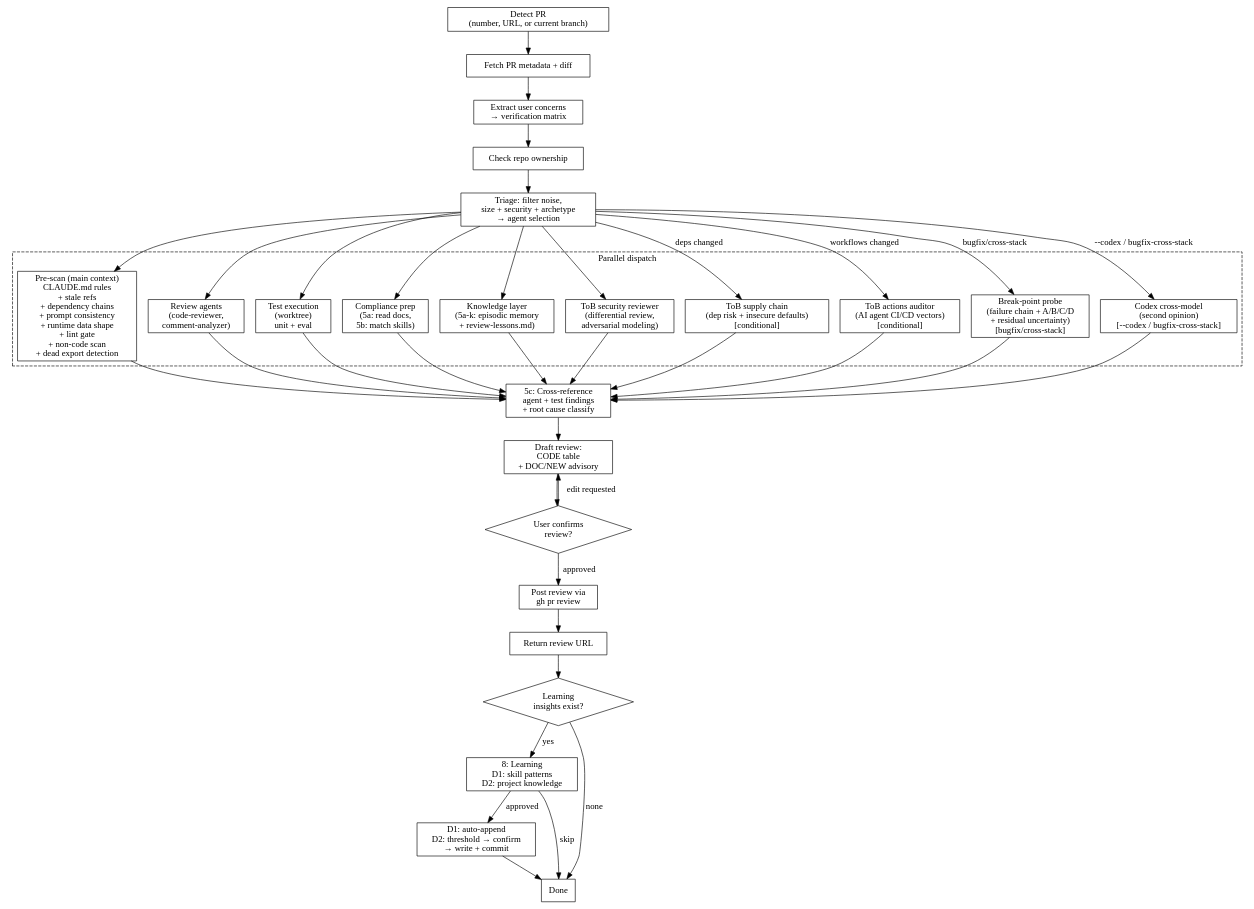
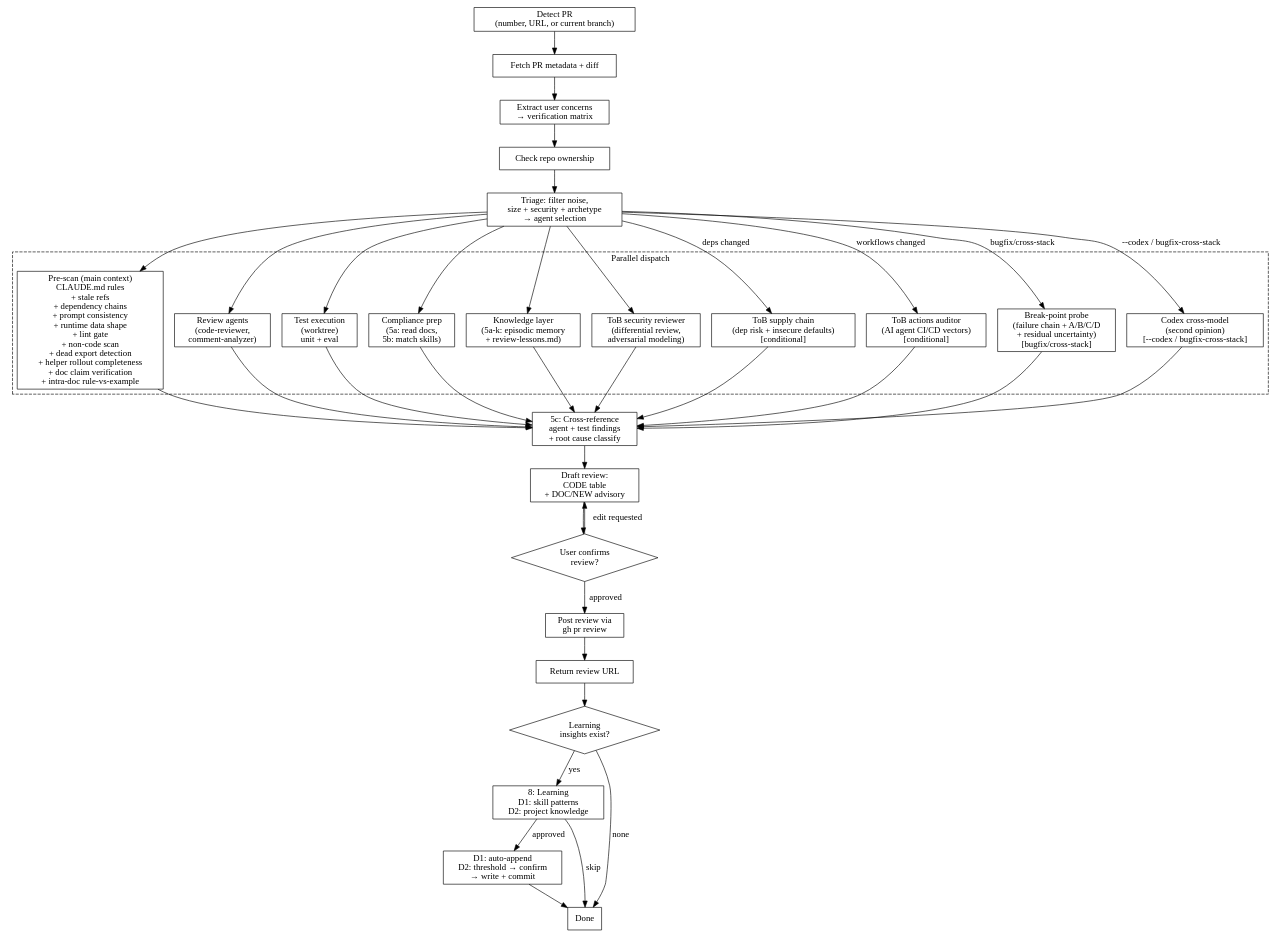
One commit to iamcxa/kc-claude-plugins changed the diagram in kc-pr-flow/skills/kc-pr-review/SKILL.md. Above: the diagram before and after it, drawn with Graphviz. The commit also changed other lines of this file and 2 other files, not shown here.

First line of the commit message:
feat(kc-pr-flow): add §4.5k intra-doc rule-vs-example self-consistency pre-scan

````diff
--- a/kc-pr-flow/skills/kc-pr-review/SKILL.md
+++ b/kc-pr-flow/skills/kc-pr-review/SKILL.md
@@ -12,76 +12,76 @@
 ```dot
 digraph review_pr {
   rankdir=TB;
   node [shape=box];
 
   detect [label="Detect PR\n(number, URL, or current branch)"];
   fetch [label="Fetch PR metadata + diff"];
   concerns [label="Extract user concerns\n→ verification matrix"];
   ownership [label="Check repo ownership"];
   triage [label="Triage: filter noise,\nsize + security + archetype\n→ agent selection"];
 
   subgraph cluster_parallel {
     label="Parallel dispatch";
     style=dashed;
-    prescan [label="Pre-scan (main context)\nCLAUDE.md rules\n+ stale refs\n+ dependency chains\n+ prompt consistency\n+ runtime data shape\n+ lint gate\n+ non-code scan\n+ dead export detection"];
+    prescan [label="Pre-scan (main context)\nCLAUDE.md rules\n+ stale refs\n+ dependency chains\n+ prompt consistency\n+ runtime data shape\n+ lint gate\n+ non-code scan\n+ dead export detection\n+ helper rollout completeness\n+ doc claim verification\n+ intra-doc rule-vs-example"];
     review [label="Review agents\n(code-reviewer,\ncomment-analyzer)"];
     tests [label="Test execution\n(worktree)\nunit + eval"];
     audit_prep [label="Compliance prep\n(5a: read docs,\n5b: match skills)"];
     knowledge [label="Knowledge layer\n(5a-k: episodic memory\n+ review-lessons.md)"];
     tob_security [label="ToB security reviewer\n(differential review,\nadversarial modeling)"];
     tob_supply [label="ToB supply chain\n(dep risk + insecure defaults)\n[conditional]"];
     tob_actions [label="ToB actions auditor\n(AI agent CI/CD vectors)\n[conditional]"];
     probe [label="Break-point probe\n(failure chain + A/B/C/D\n+ residual uncertainty)\n[bugfix/cross-stack]"];
     codex [label="Codex cross-model\n(second opinion)\n[--codex / bugfix-cross-stack]"];
   }
 
   classify [label="5c: Cross-reference\nagent + test findings\n+ root cause classify"];
   draft [label="Draft review:\nCODE table\n+ DOC/NEW advisory"];
 
   node [shape=diamond];
   confirm [label="User confirms\nreview?"];
 
   node [shape=box];
   post [label="Post review via\ngh pr review"];
   review_url [label="Return review URL"];
 
   node [shape=diamond];
   has_learning [label="Learning\ninsights exist?"];
 
   node [shape=box];
   capture [label="8: Learning\nD1: skill patterns\nD2: project knowledge"];
   write_knowledge [label="D1: auto-append\nD2: threshold → confirm\n→ write + commit"];
   end_node [label="Done"];
 
   detect -> fetch -> concerns -> ownership -> triage;
   triage -> prescan;
   triage -> review;
   triage -> tests;
   triage -> audit_prep;
   triage -> knowledge;
   triage -> tob_security;
   triage -> tob_supply [label="deps changed"];
   triage -> tob_actions [label="workflows changed"];
   triage -> probe [label="bugfix/cross-stack"];
   triage -> codex [label="--codex / bugfix-cross-stack"];
   prescan -> classify;
   review -> classify;
   tests -> classify;
   audit_prep -> classify;
   knowledge -> classify;
   tob_security -> classify;
   tob_supply -> classify;
   tob_actions -> classify;
   probe -> classify;
   codex -> classify;
   classify -> draft -> confirm;
   confirm -> post [label="approved"];
   confirm -> draft [label="edit requested"];
   post -> review_url -> has_learning;
   has_learning -> capture [label="yes"];
   has_learning -> end_node [label="none"];
   capture -> write_knowledge [label="approved"];
   capture -> end_node [label="skip"];
   write_knowledge -> end_node;
 }
 ```
````
